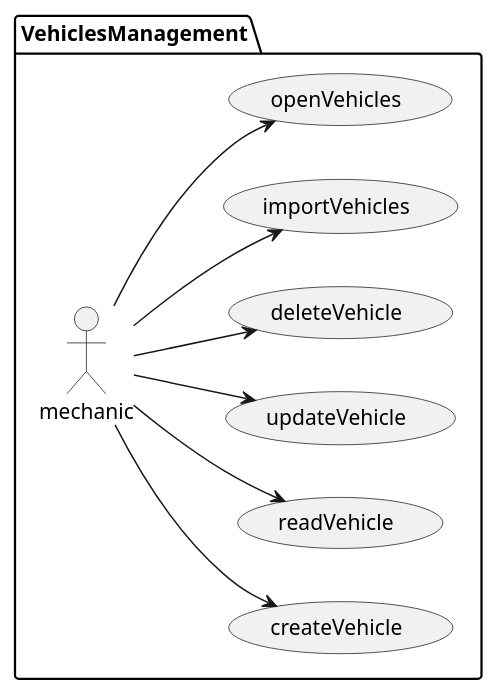
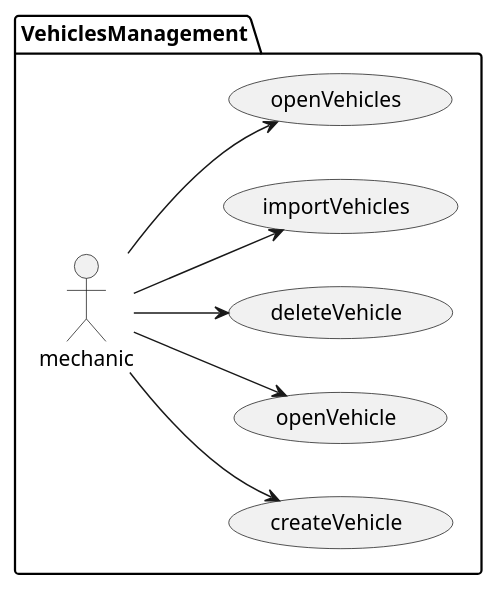
One commit to Ruskab/agrimManager changed the diagram in documentation/requiremets/usecases/puml/vechileUusecases.puml. Above: the diagram before and after it, drawn with PlantUML. The commit also changed 31 other files, not shown here.

```diff
--- a/documentation/requiremets/usecases/puml/vechileUusecases.puml
+++ b/documentation/requiremets/usecases/puml/vechileUusecases.puml
@@ -1,15 +1,14 @@
 @startuml
 
 left to right direction
 
 
 package VehiclesManagement {
 :mechanic: --> (createVehicle)
-:mechanic: --> (readVehicle)
-:mechanic: --> (updateVehicle)
+:mechanic: --> (openVehicle)
 :mechanic: --> (deleteVehicle)
 :mechanic: --> (importVehicles)
 :mechanic: --> (openVehicles)
 }
 
 @enduml
```
